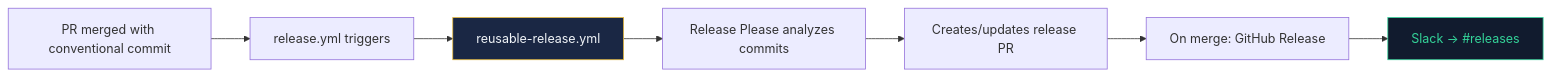
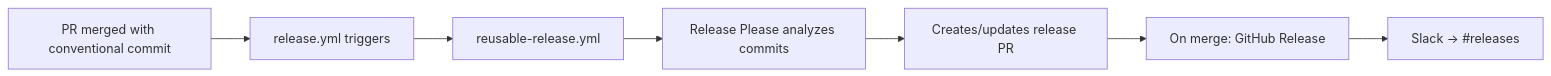
The third of 6 diagrams in docs/02-architecture.md (mruthyunjaya-lakkappanavar/gha-reusable-workflows-docs), drawn with Mermaid before and after one commit. The commit also changed other lines of this file and 4 other files, not shown here.

Commit message:
Remove hardcoded dark styles from Mermaid diagrams for light/dark mode support

````diff
--- a/docs/02-architecture.md
+++ b/docs/02-architecture.md
@@ -121,12 +108,9 @@
 ```mermaid
 flowchart LR
     A["PR merged with conventional commit"] --> B["release.yml triggers"]
     B --> C["reusable-release.yml"]
     C --> D["Release Please analyzes commits"]
     D --> E["Creates/updates release PR"]
     E --> F["On merge: GitHub Release"]
     F --> G["Slack → #releases"]
-
-    style C fill:#1a2744,stroke:#e5b83a,color:#f0f4f8
-    style G fill:#111b2e,stroke:#34d399,color:#34d399
 ```
````
